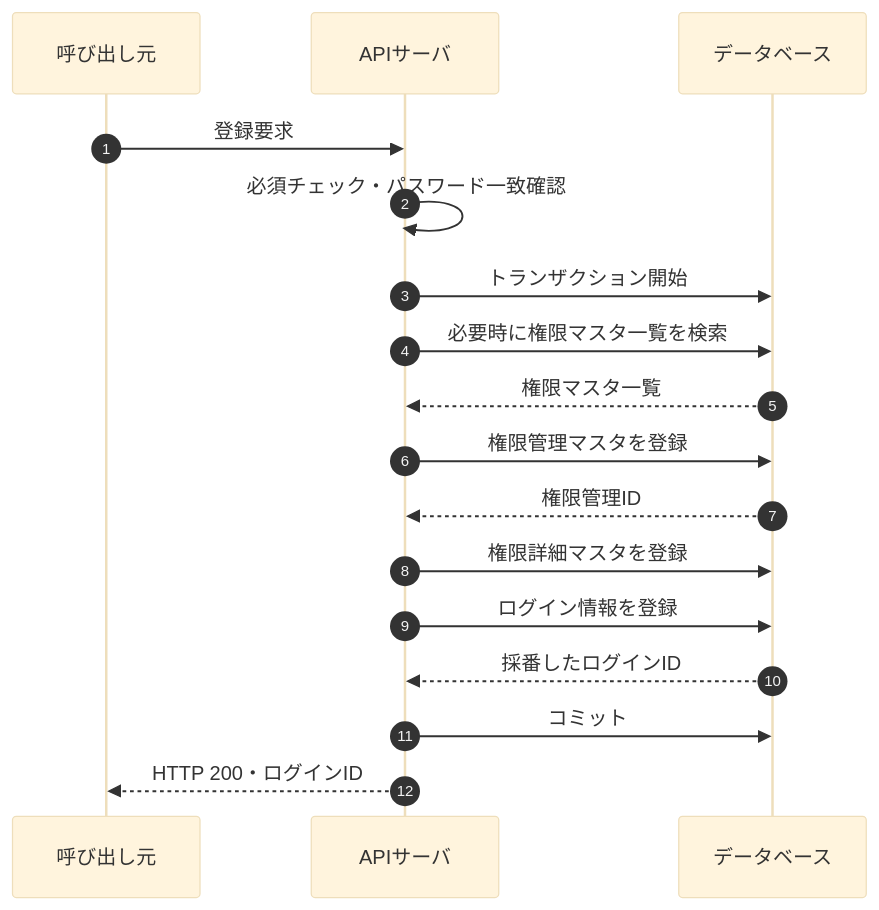
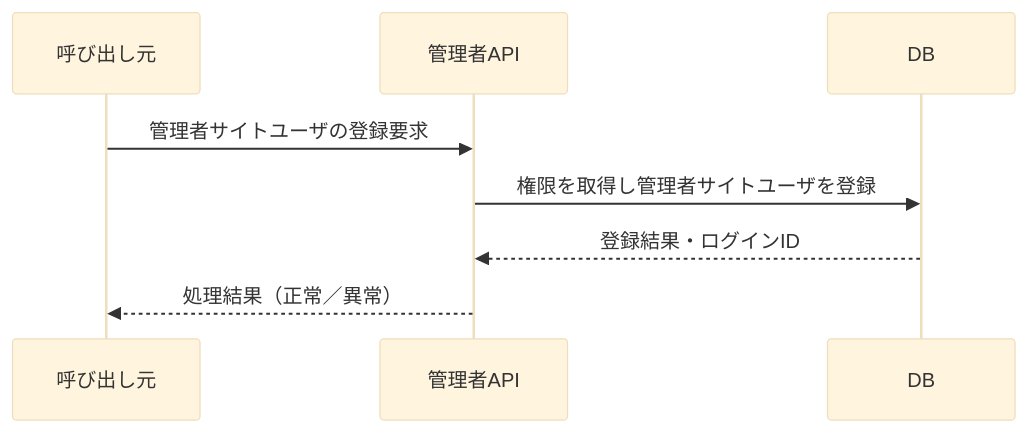
One commit to kohei-okazaki/work-3g changed the first of 2 diagrams in ha-docs/design/05_rootapi/設計書_5.2.1.管理者サイトユーザ登録API.md. Above: the diagram before and after it, drawn with Mermaid (base theme). The commit also changed other lines of this file and 67 other files, not shown here.

````diff
--- a/ha-docs/design/05_rootapi/設計書_5.2.1.管理者サイトユーザ登録API.md
+++ b/ha-docs/design/05_rootapi/設計書_5.2.1.管理者サイトユーザ登録API.md
@@ -107,19 +10,10 @@
 ```mermaid
 sequenceDiagram
-    autonumber
-    participant Client as 呼び出し元
-    participant API as APIサーバ
-    participant DB as データベース
-    Client->>API: 登録要求
-    API->>API: 必須チェック・パスワード一致確認
-    API->>DB: トランザクション開始
-    API->>DB: 必要時に権限マスタ一覧を検索
-    DB-->>API: 権限マスタ一覧
-    API->>DB: 権限管理マスタを登録
-    DB-->>API: 権限管理ID
-    API->>DB: 権限詳細マスタを登録
-    API->>DB: ログイン情報を登録
-    DB-->>API: 採番したログインID
-    API->>DB: コミット
-    API-->>Client: HTTP 200・ログインID
+    participant C as 呼び出し元
+    participant A as 管理者API
+    participant D as DB
+    C->>A: 管理者サイトユーザの登録要求
+    A->>D: 権限を取得し管理者サイトユーザを登録
+    D-->>A: 登録結果・ログインID
+    A-->>C: 処理結果（正常／異常）
 ```
````
